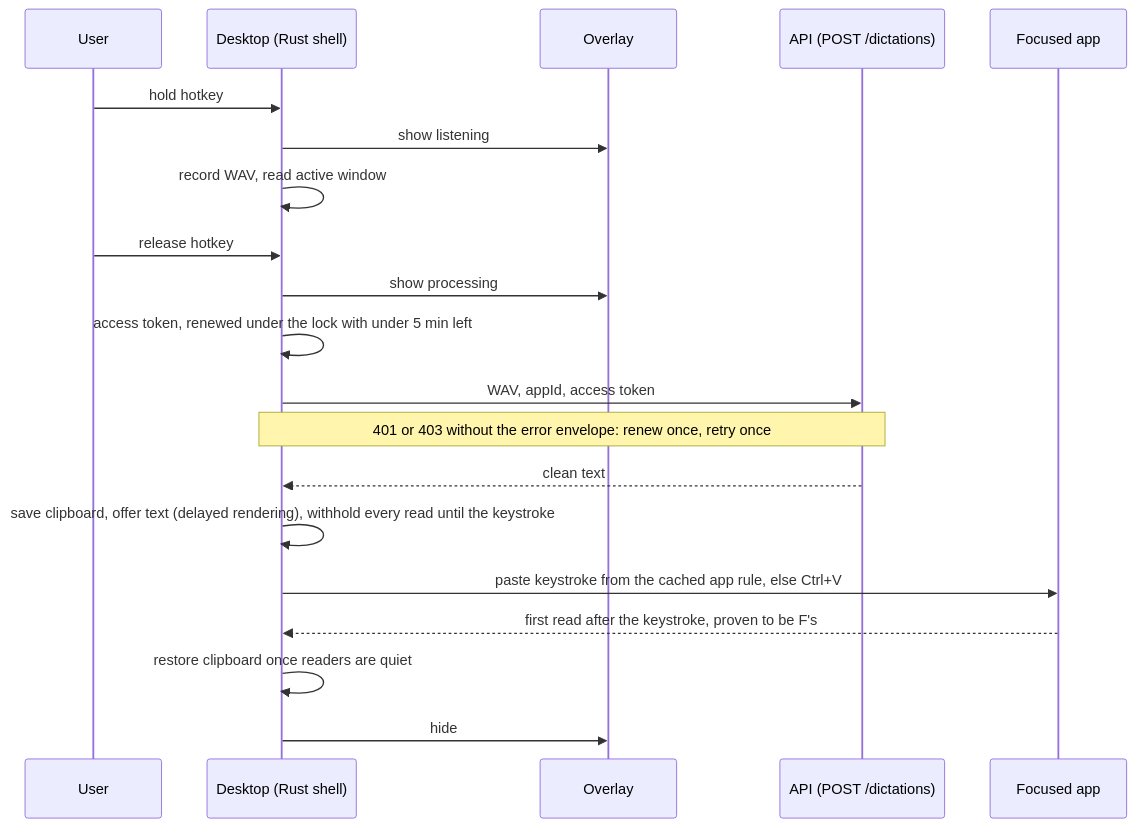
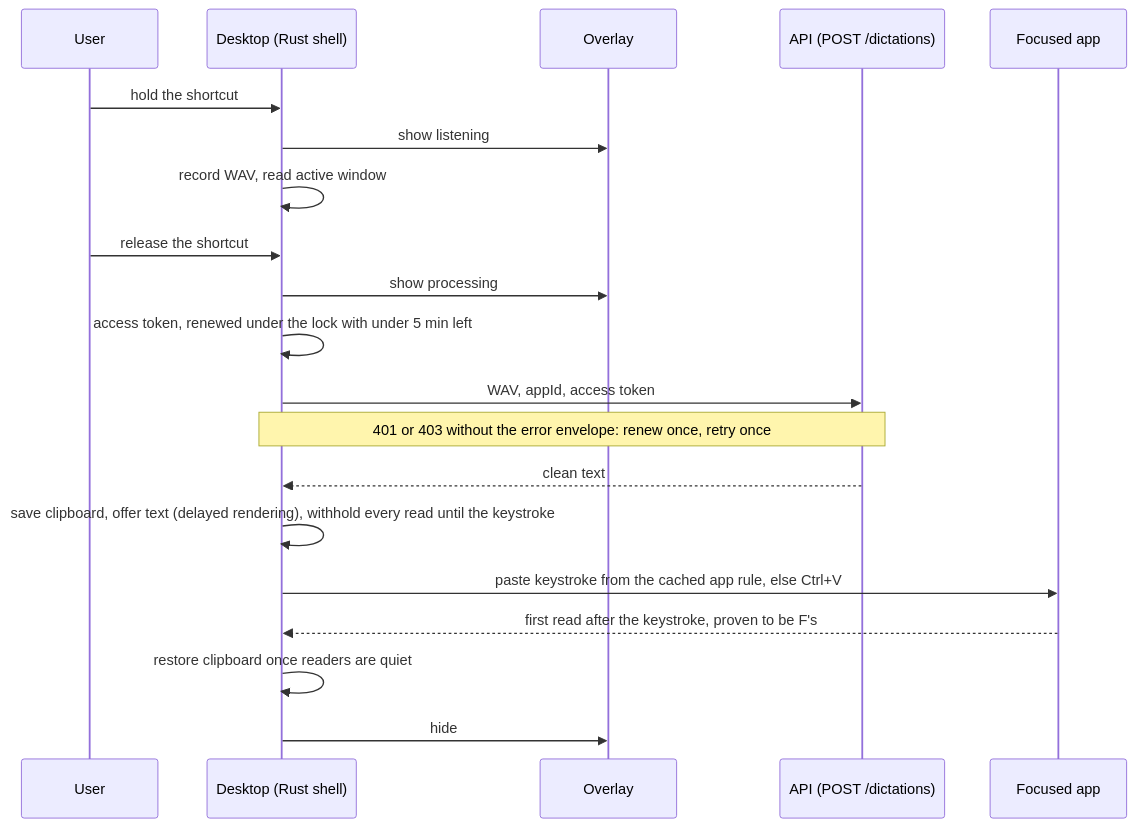
The second of 2 diagrams in docs/modules/desktop/flows.md (sebasfles/take-my-word), drawn with Mermaid before and after one commit. The commit also changed other lines of this file and 92 other files, not shown here.

````diff
--- a/docs/modules/desktop/flows.md
+++ b/docs/modules/desktop/flows.md
@@ -31,22 +38,22 @@
 ```mermaid
 sequenceDiagram
   participant U as User
   participant D as Desktop (Rust shell)
   participant O as Overlay
   participant A as API (POST /dictations)
   participant F as Focused app
-  U->>D: hold hotkey
+  U->>D: hold the shortcut
   D->>O: show listening
   D->>D: record WAV, read active window
-  U->>D: release hotkey
+  U->>D: release the shortcut
   D->>O: show processing
   D->>D: access token, renewed under the lock with under 5 min left
   D->>A: WAV, appId, access token
   Note over D,A: 401 or 403 without the error envelope: renew once, retry once
   A-->>D: clean text
   D->>D: save clipboard, offer text (delayed rendering), withhold every read until the keystroke
   D->>F: paste keystroke from the cached app rule, else Ctrl+V
   F-->>D: first read after the keystroke, proven to be F's
   D->>D: restore clipboard once readers are quiet
   D->>O: hide
 ```
````
